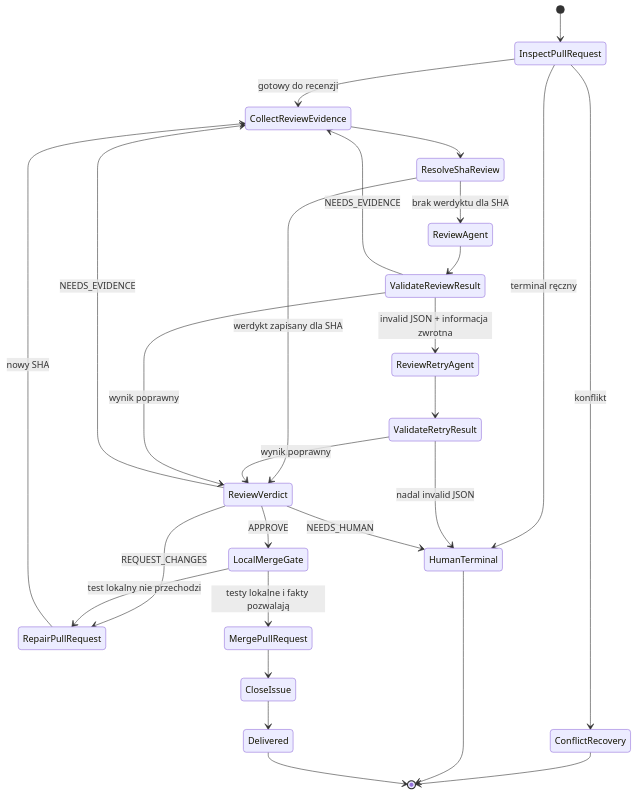
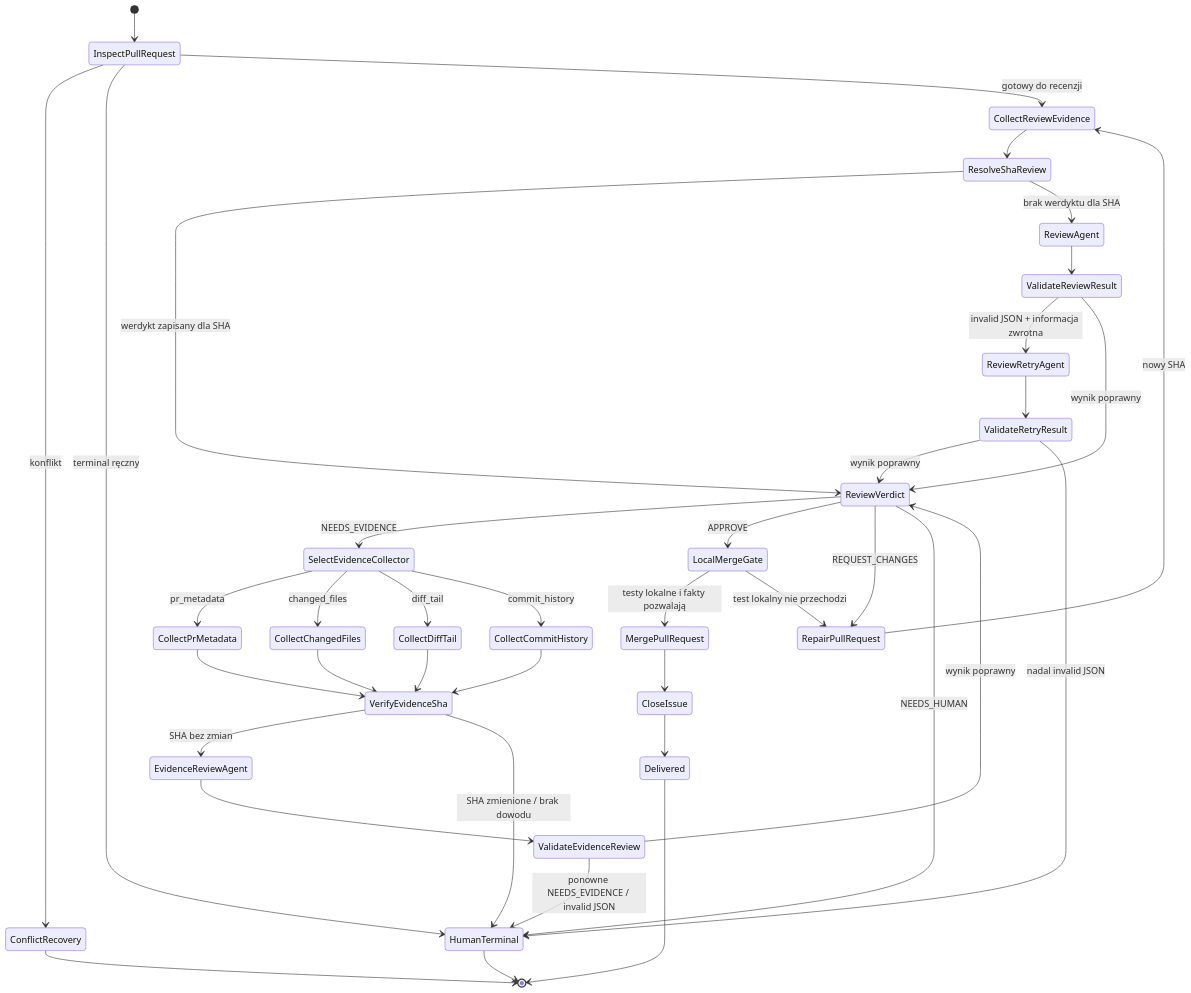
One commit to mikolaj92/lokay changed the fourth of 6 diagrams in README.md. Above: the diagram before and after it, drawn with Mermaid. The commit also changed other lines of this file and 23 other files, not shown here.

Commit message:
refactor: route review evidence through Fala

````diff
--- a/README.md
+++ b/README.md
@@ -152,29 +156,41 @@
 ```mermaid
 stateDiagram-v2
     [*] --> InspectPullRequest
     InspectPullRequest --> ConflictRecovery: konflikt
     InspectPullRequest --> HumanTerminal: terminal ręczny
     InspectPullRequest --> CollectReviewEvidence: gotowy do recenzji
     CollectReviewEvidence --> ResolveShaReview
     ResolveShaReview --> ReviewVerdict: werdykt zapisany dla SHA
     ResolveShaReview --> ReviewAgent: brak werdyktu dla SHA
     ReviewAgent --> ValidateReviewResult
     ValidateReviewResult --> ReviewRetryAgent: invalid JSON + informacja zwrotna
     ReviewRetryAgent --> ValidateRetryResult
     ValidateRetryResult --> ReviewVerdict: wynik poprawny
     ValidateRetryResult --> HumanTerminal: nadal invalid JSON
-    ValidateReviewResult --> CollectReviewEvidence: NEEDS_EVIDENCE
     ValidateReviewResult --> ReviewVerdict: wynik poprawny
+    ReviewVerdict --> SelectEvidenceCollector: NEEDS_EVIDENCE
+    SelectEvidenceCollector --> CollectPrMetadata: pr_metadata
+    SelectEvidenceCollector --> CollectChangedFiles: changed_files
+    SelectEvidenceCollector --> CollectDiffTail: diff_tail
+    SelectEvidenceCollector --> CollectCommitHistory: commit_history
+    CollectPrMetadata --> VerifyEvidenceSha
+    CollectChangedFiles --> VerifyEvidenceSha
+    CollectDiffTail --> VerifyEvidenceSha
+    CollectCommitHistory --> VerifyEvidenceSha
+    VerifyEvidenceSha --> EvidenceReviewAgent: SHA bez zmian
+    VerifyEvidenceSha --> HumanTerminal: SHA zmienione / brak dowodu
+    EvidenceReviewAgent --> ValidateEvidenceReview
+    ValidateEvidenceReview --> ReviewVerdict: wynik poprawny
+    ValidateEvidenceReview --> HumanTerminal: ponowne NEEDS_EVIDENCE / invalid JSON
     ReviewVerdict --> LocalMergeGate: APPROVE
     ReviewVerdict --> RepairPullRequest: REQUEST_CHANGES
-    ReviewVerdict --> CollectReviewEvidence: NEEDS_EVIDENCE
     ReviewVerdict --> HumanTerminal: NEEDS_HUMAN
     RepairPullRequest --> CollectReviewEvidence: nowy SHA
     LocalMergeGate --> MergePullRequest: testy lokalne i fakty pozwalają
     LocalMergeGate --> RepairPullRequest: test lokalny nie przechodzi
     MergePullRequest --> CloseIssue
     CloseIssue --> Delivered
     ConflictRecovery --> [*]
     HumanTerminal --> [*]
     Delivered --> [*]
 ```
````
